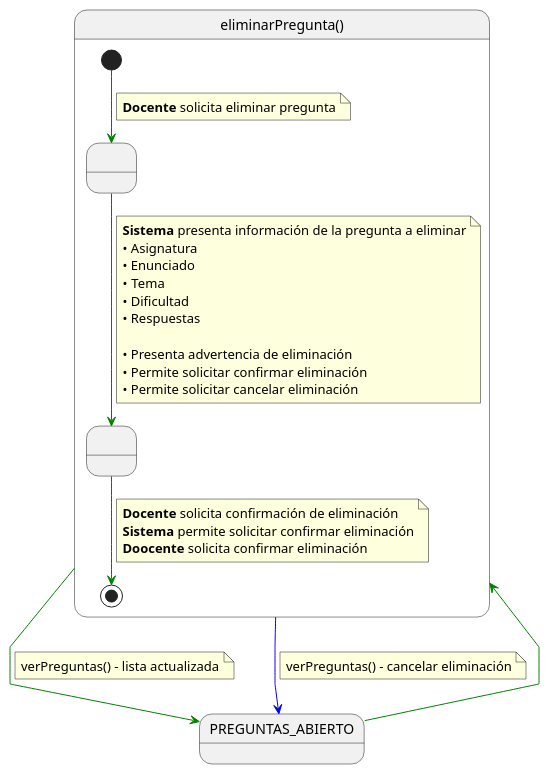
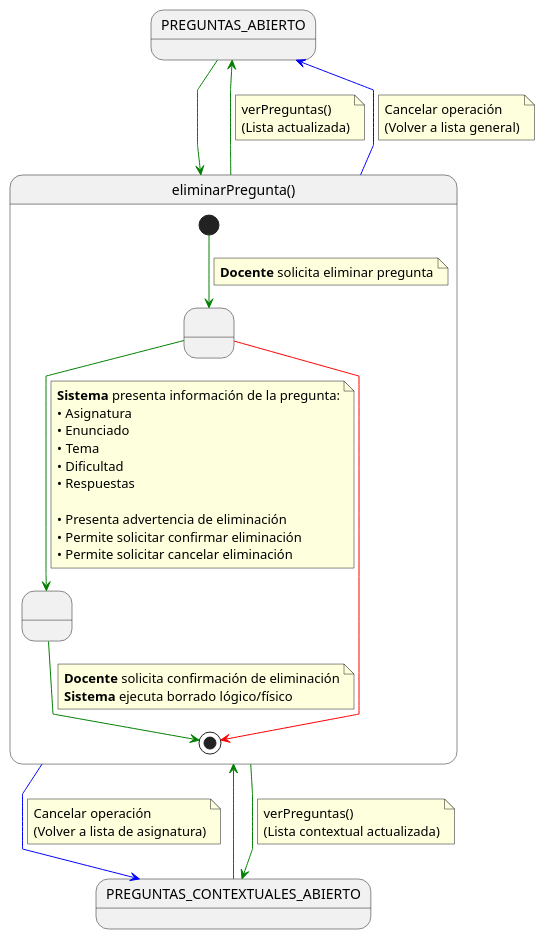
Before and after one commit to martinlopez7/25-26-IdSw1-SdR: the diagram in documents/casos-de-uso/detalladoCasosDeUso/eliminarPregunta/eliminarPregunta.puml, drawn with PlantUML. The commit also changed 5 other files, not shown here.

Commit message:
feat(cu): añade estados a detallado de eliminarPregunta, importarPregunta, exportarPregunta [refs #70]

```diff
--- a/documents/casos-de-uso/detalladoCasosDeUso/eliminarPregunta/eliminarPregunta.puml
+++ b/documents/casos-de-uso/detalladoCasosDeUso/eliminarPregunta/eliminarPregunta.puml
@@ -1,48 +1,74 @@
 @startuml eliminarPregunta
 skinparam linetype polyline
+
+' 1. Definición de Estados Externos
+state PREGUNTAS_ABIERTO
+state PREGUNTAS_CONTEXTUALES_ABIERTO
+
+' 2. Transiciones de ENTRADA
+PREGUNTAS_ABIERTO -[#green]-> eliminarPregunta
+PREGUNTAS_CONTEXTUALES_ABIERTO -[#green]-> eliminarPregunta
 
 state eliminarPregunta as "eliminarPregunta()" {
 
     state " " as ConfirmandoEliminacion
     state " " as EliminandoPregunta
-    
+     
     [*] -[#green]-> ConfirmandoEliminacion
     note on link
     <b>Docente</b> solicita eliminar pregunta
     end note
-    
+     
     ConfirmandoEliminacion -[#green]-> EliminandoPregunta
     note on link
-    <b>Sistema</b> presenta información de la pregunta a eliminar
+    <b>Sistema</b> presenta información de la pregunta:
     • Asignatura 
     • Enunciado 
     • Tema 
     • Dificultad
     • Respuestas 
-    
+     
     • Presenta advertencia de eliminación
     • Permite solicitar confirmar eliminación
     • Permite solicitar cancelar eliminación
     end note
-    
+     
     EliminandoPregunta -[#green]-> [*]
     note on link
     <b>Docente</b> solicita confirmación de eliminación
-    <b>Sistema</b> permite solicitar confirmar eliminación
-    <b>Doocente</b> solicita confirmar eliminación
+    <b>Sistema</b> ejecuta borrado lógico/físico
     end note
+
+    ' Salida interna de cancelación
+    ConfirmandoEliminacion -[#red]-> [*]
 }
 
-PREGUNTAS_ABIERTO -[#green]-> eliminarPregunta
+' 3. Transiciones de SALIDA (Caso: Lista General)
 
 eliminarPregunta -[#green]-> PREGUNTAS_ABIERTO
 note on link
-verPreguntas() - lista actualizada
+verPreguntas()
+(Lista actualizada)
 end note
 
 eliminarPregunta -[#blue]-> PREGUNTAS_ABIERTO
 note on link
-verPreguntas() - cancelar eliminación
+Cancelar operación
+(Volver a lista general)
+end note
+
+' 4. Transiciones de SALIDA (Caso: Lista Contextual)
+
+eliminarPregunta -[#green]-> PREGUNTAS_CONTEXTUALES_ABIERTO
+note on link
+verPreguntas()
+(Lista contextual actualizada)
+end note
+
+eliminarPregunta -[#blue]-> PREGUNTAS_CONTEXTUALES_ABIERTO
+note on link
+Cancelar operación
+(Volver a lista de asignatura)
 end note
 
 @enduml
```
